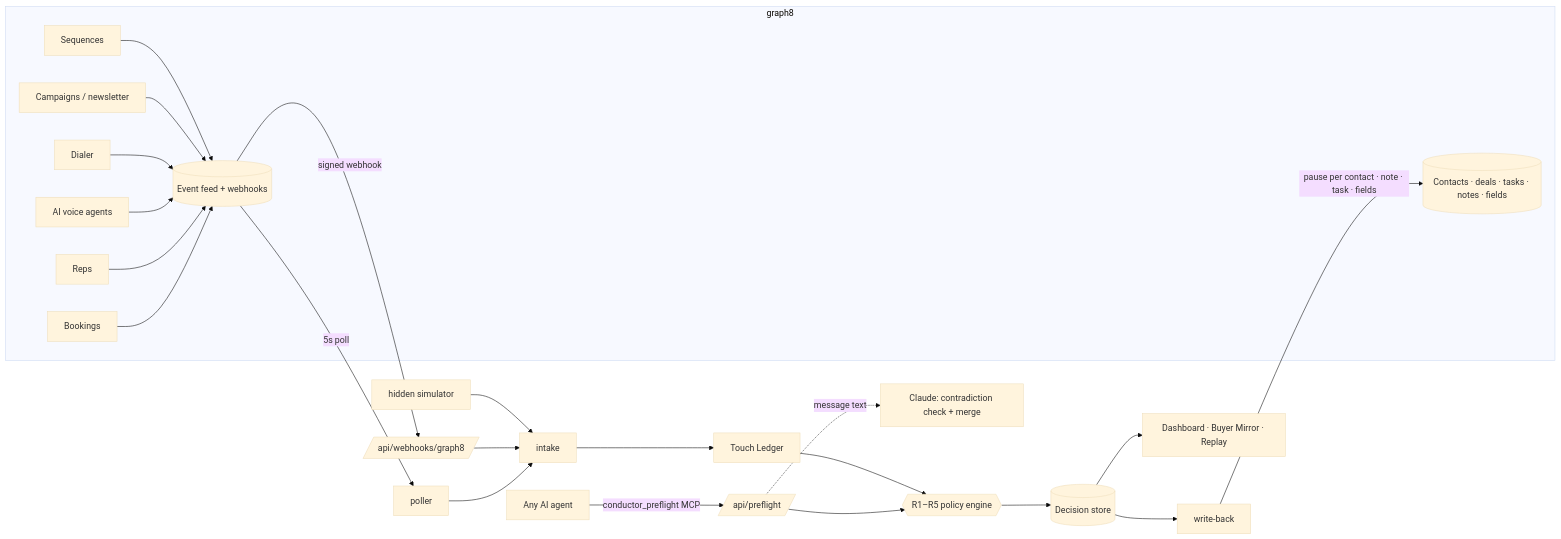
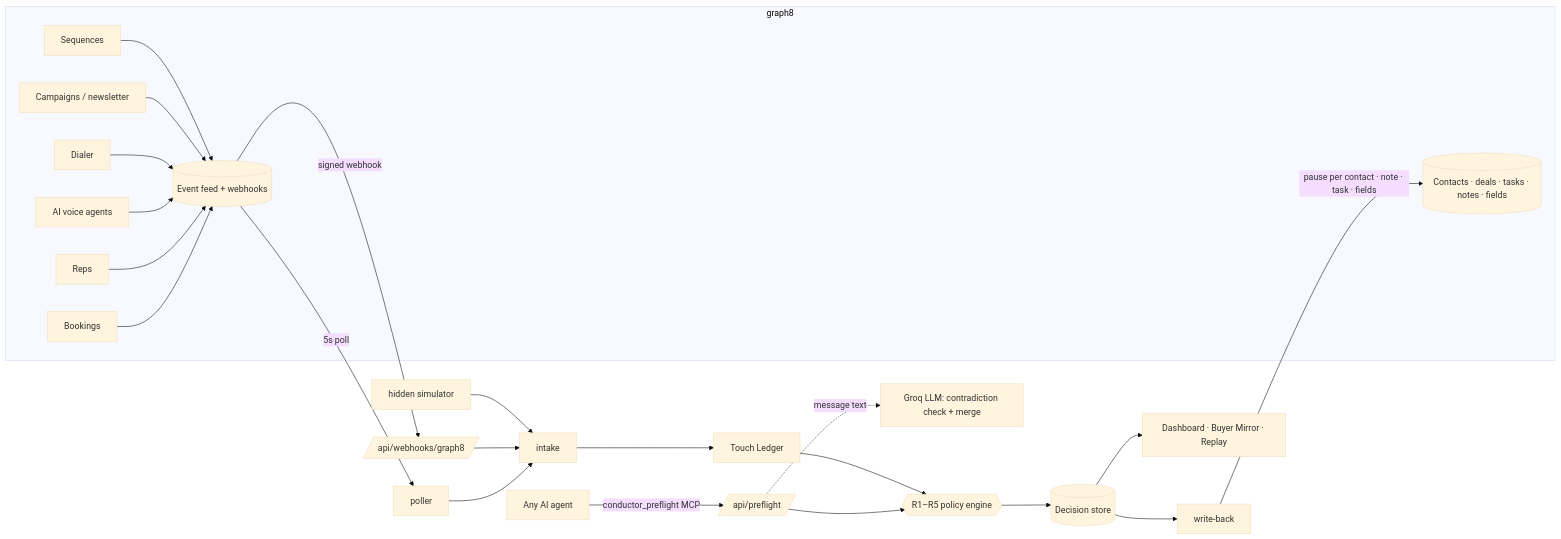
The diagram in README.md (UmairAbbas1/Conductor), drawn with Mermaid (base theme) before and after one commit. The commit also changed other lines of this file and 14 other files, not shown here.

````diff
--- a/README.md
+++ b/README.md
@@ -48,23 +48,23 @@
 ```mermaid
 flowchart LR
   subgraph graph8
     SEQ[Sequences] & CAMP[Campaigns / newsletter] & DIAL[Dialer] & VOICE[AI voice agents] & REP[Reps] & BOOK[Bookings]
     EVT[(Event feed + webhooks)]
     REC[(Contacts · deals · tasks · notes · fields)]
   end
   SEQ & CAMP & DIAL & VOICE & REP & BOOK --> EVT
   EVT -- signed webhook --> WH[/api/webhooks/graph8/]
   EVT -- 5s poll --> POLL[poller]
   SIM[hidden simulator] --> IN
   WH --> IN[intake]
   POLL --> IN
   IN --> LEDGER[Touch Ledger]
   LEDGER --> RULES{{R1–R5 policy engine}}
   AGENT[Any AI agent] -- conductor_preflight MCP --> PF[/api/preflight/]
   PF --> RULES
-  PF -. message text .-> LLM[Claude: contradiction check + merge]
+  PF -. message text .-> LLM[Groq LLM: contradiction check + merge]
   RULES --> DEC[(Decision store)]
   DEC --> WB[write-back]
   WB -- pause per contact · note · task · fields --> REC
   DEC --> UI[Dashboard · Buyer Mirror · Replay]
 ```
````
